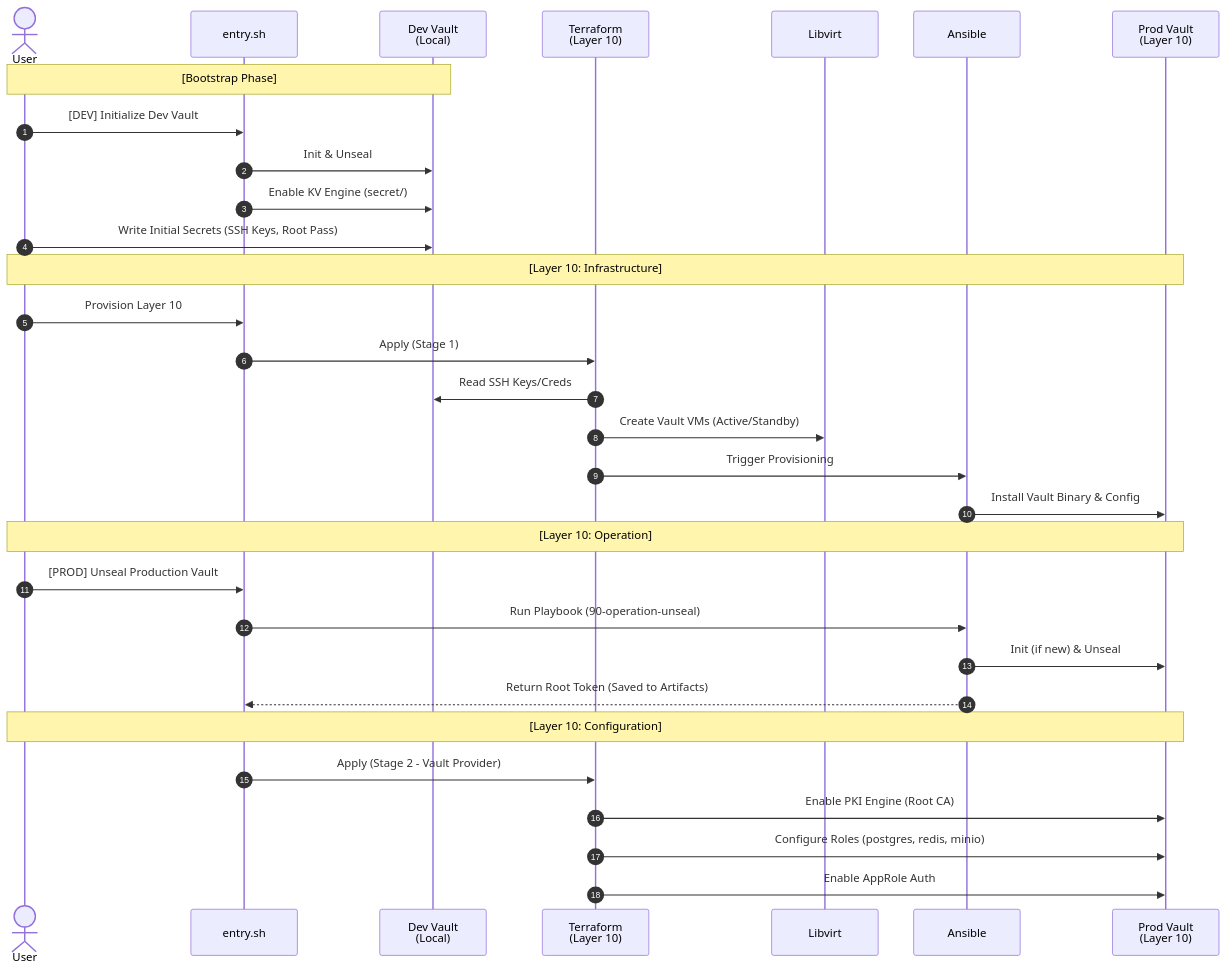
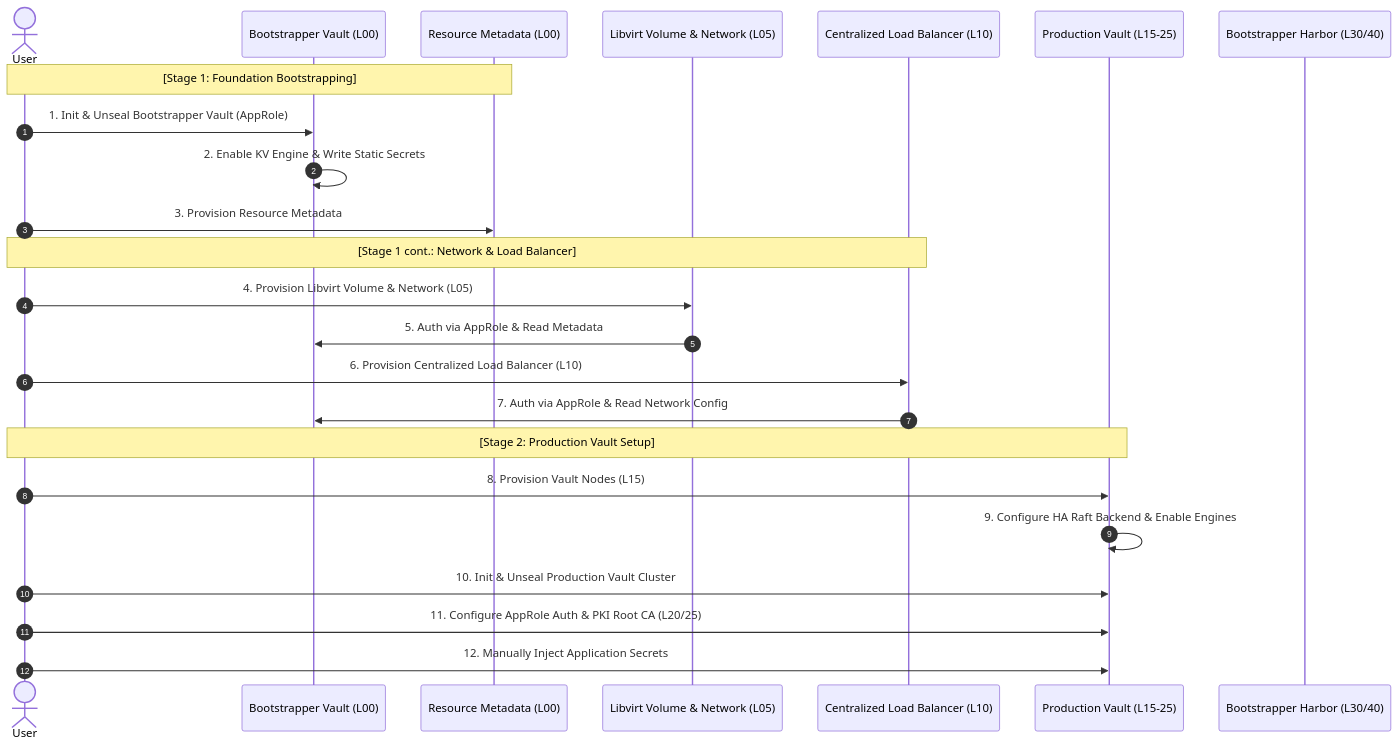
One commit to csning1998/on-premise-gitlab-deployment changed the first of 2 diagrams in README-zh-TW.md. Above: the diagram before and after it, drawn with Mermaid. The commit also changed other lines of this file, not shown here.

Commit message:
docs: update zh-tw README to match new architecture

````diff
--- a/README-zh-TW.md
+++ b/README-zh-TW.md
@@ -741,41 +782,29 @@
     ```mermaid
     sequenceDiagram
         autonumber
         actor User
-        participant Entry as entry.sh
-        participant DevVault as Dev Vault<br>(Local)
-        participant TF as Terraform<br>(Layer 10)
-        participant Libvirt
-        participant Ansible
-        participant ProdVault as Prod Vault<br>(Layer 10)
+        participant Boot as Bootstrapper Vault (L00)
+        participant Meta as Resource Metadata (L00)
+        participant LV as Libvirt Volume & Network (L05)
+        participant LB as Centralized Load Balancer (L10)
+        participant Prod as Production Vault (L15-25)
+        participant Harbor as Bootstrapper Harbor (L30/40)
 
-        %% Step 1: Bootstrap
-        Note over User, DevVault: [Bootstrap Phase]
-        User->>Entry: [DEV] Initialize Dev Vault
-        Entry->>DevVault: Init & Unseal
-        Entry->>DevVault: Enable KV Engine (secret/)
-        User->>DevVault: Write Initial Secrets (SSH Keys, Root Pass)
+        Note over User, Meta: [Stage 1: Foundation Bootstrapping]
+        User->>Boot: 1. Init & Unseal Bootstrapper Vault (AppRole)
+        Boot->>Boot: 2. Enable KV Engine & Write Static Secrets
+        User->>Meta: 3. Provision Resource Metadata
 
-        %% Step 2: Infrastructure
-        Note over User, ProdVault: [Layer 10: Infrastructure]
-        User->>Entry: Provision Layer 10
-        Entry->>TF: Apply (Stage 1)
-        TF->>DevVault: Read SSH Keys/Creds
-        TF->>Libvirt: Create Vault VMs (Active/Standby)
-        TF->>Ansible: Trigger Provisioning
-        Ansible->>ProdVault: Install Vault Binary & Config
+        Note over User, LB: [Stage 1 cont.: Network & Load Balancer]
+        User->>LV: 4. Provision Libvirt Volume & Network (L05)
+        LV->>Boot: 5. Auth via AppRole & Read Metadata
+        User->>LB: 6. Provision Centralized Load Balancer (L10)
+        LB->>Boot: 7. Auth via AppRole & Read Network Config
 
-        %% Step 3: Operation
-        Note over User, ProdVault: [Layer 10: Operation]
-        User->>Entry: [PROD] Unseal Production Vault
-        Entry->>Ansible: Run Playbook (90-operation-unseal)
-        Ansible->>ProdVault: Init (if new) & Unseal
-        Ansible-->>Entry: Return Root Token (Saved to Artifacts)
-
-        %% Step 4: Configuration
-        Note over User, ProdVault: [Layer 10: Configuration]
-        Entry->>TF: Apply (Stage 2 - Vault Provider)
-        TF->>ProdVault: Enable PKI Engine (Root CA)
-        TF->>ProdVault: Configure Roles (postgres, redis, minio)
-        TF->>ProdVault: Enable AppRole Auth
+        Note over User, Prod: [Stage 2: Production Vault Setup]
+        User->>Prod: 8. Provision Vault Nodes (L15)
+        Prod->>Prod: 9. Configure HA Raft Backend & Enable Engines
+        User->>Prod: 10. Init & Unseal Production Vault Cluster
+        User->>Prod: 11. Configure AppRole Auth & PKI Root CA (L20/25)
+        User->>Prod: 12. Manually Inject Application Secrets
     ```
````
